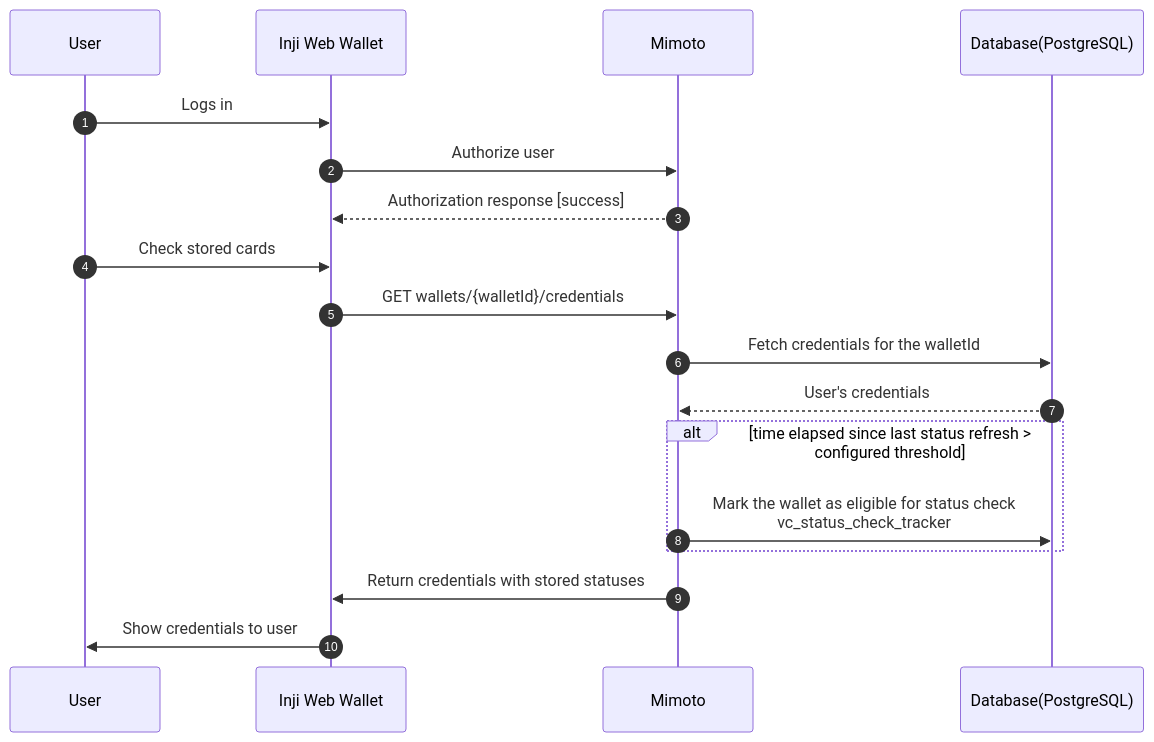
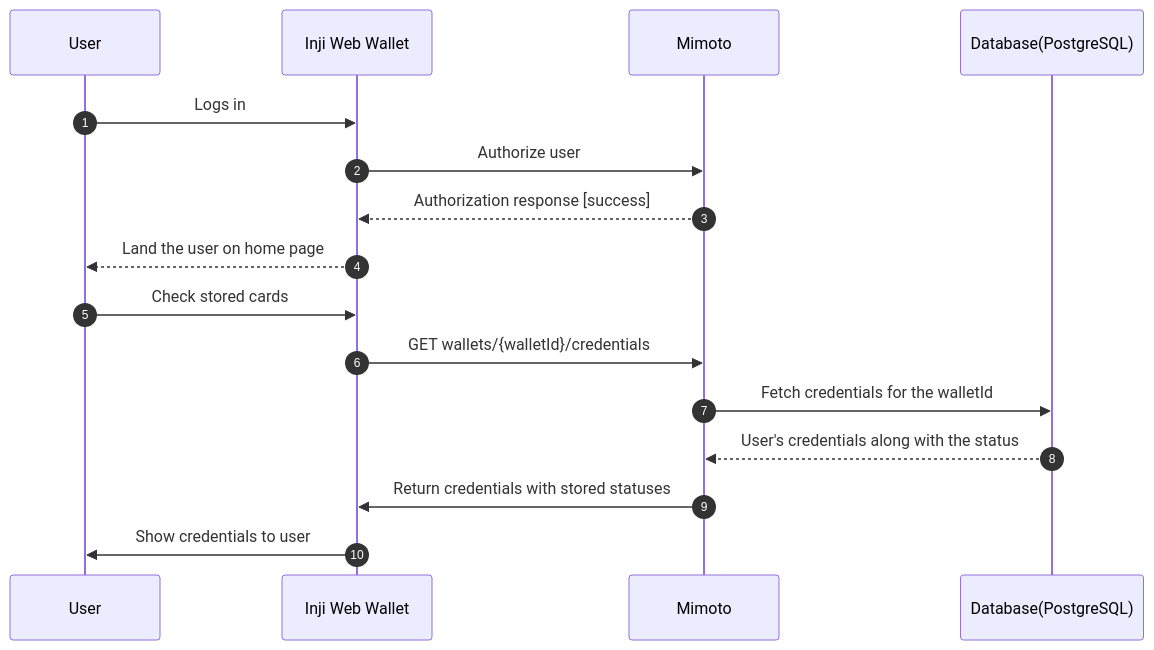
One commit to inji/mimoto changed the first of 4 diagrams in docs/VCStatusCheckDesign.md. Above: the diagram before and after it, drawn with Mermaid. The commit also changed other lines of this file, not shown here.

````diff
--- a/docs/VCStatusCheckDesign.md
+++ b/docs/VCStatusCheckDesign.md
@@ -23,22 +22,19 @@
 ```mermaid
 sequenceDiagram
     autonumber
     participant User
     participant InjiWeb as Inji Web Wallet
     participant Mimoto
     participant Database as Database(PostgreSQL)
 
     User->>InjiWeb: Logs in
     InjiWeb->>Mimoto: Authorize user
     Mimoto-->> InjiWeb: Authorization response [success]
+    InjiWeb-->>User: Land the user on home page
     User->>InjiWeb: Check stored cards
     InjiWeb->>Mimoto: GET wallets/{walletId}/credentials
     Mimoto->>Database: Fetch credentials for the walletId
-    Database-->>Mimoto: User's credentials
-
-    alt time elapsed since last status refresh > configured threshold
-        Mimoto->>Database: Mark the wallet as eligible for status check <br /> vc_status_check_tracker
-    end
+    Database-->>Mimoto: User's credentials along with the status
     Mimoto->>InjiWeb: Return credentials with stored statuses
     InjiWeb->>User: Show credentials to user
 ```    
````
